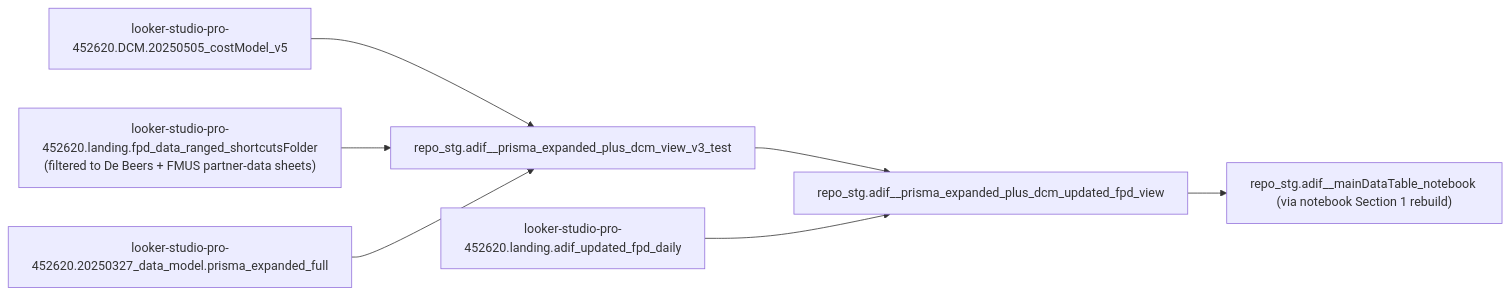
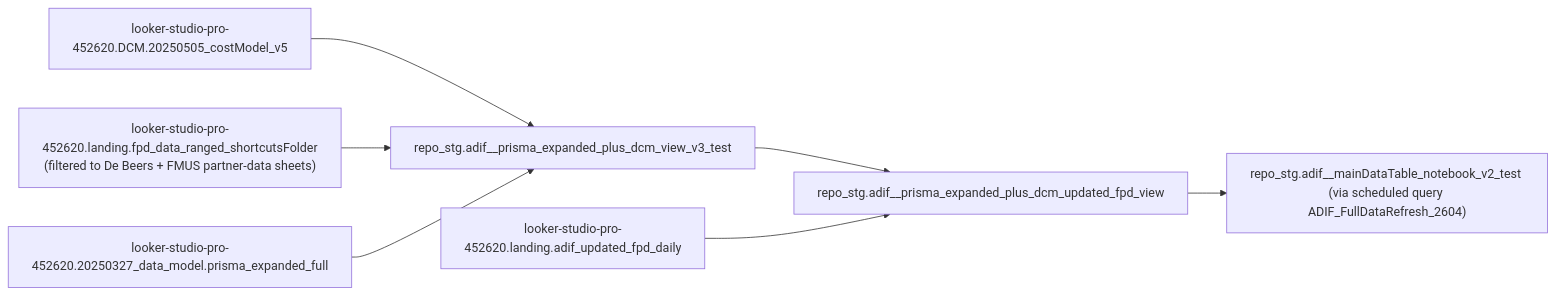
One commit to genetsen/looker_personal changed the diagram in adif/projects/updated_fpd_integration/README_Updated_FPD_Integration.md. Above: the diagram before and after it, drawn with Mermaid. The commit also changed other lines of this file and 7 other files, not shown here.

Commit message:
Clarify ADIF refresh docs and FPD layering

````diff
--- a/adif/projects/updated_fpd_integration/README_Updated_FPD_Integration.md
+++ b/adif/projects/updated_fpd_integration/README_Updated_FPD_Integration.md
@@ -76,9 +76,9 @@
 ```mermaid
 flowchart LR
   dcm["looker-studio-pro-452620.DCM.20250505_costModel_v5"] --> core_base["repo_stg.adif__prisma_expanded_plus_dcm_view_v3_test"]
   fpd_orig["looker-studio-pro-452620.landing.fpd_data_ranged_shortcutsFolder\n(filtered to De Beers + FMUS partner-data sheets)"] --> core_base
   prisma["looker-studio-pro-452620.20250327_data_model.prisma_expanded_full"] --> core_base
   core_base --> upd_view["repo_stg.adif__prisma_expanded_plus_dcm_updated_fpd_view"]
   fpd_upd["looker-studio-pro-452620.landing.adif_updated_fpd_daily"] --> upd_view
-  upd_view --> final_tbl["repo_stg.adif__mainDataTable_notebook (via notebook Section 1 rebuild)"]
+  upd_view --> final_tbl["repo_stg.adif__mainDataTable_notebook_v2_test (via scheduled query ADIF_FullDataRefresh_2604)"]
 ```
````
